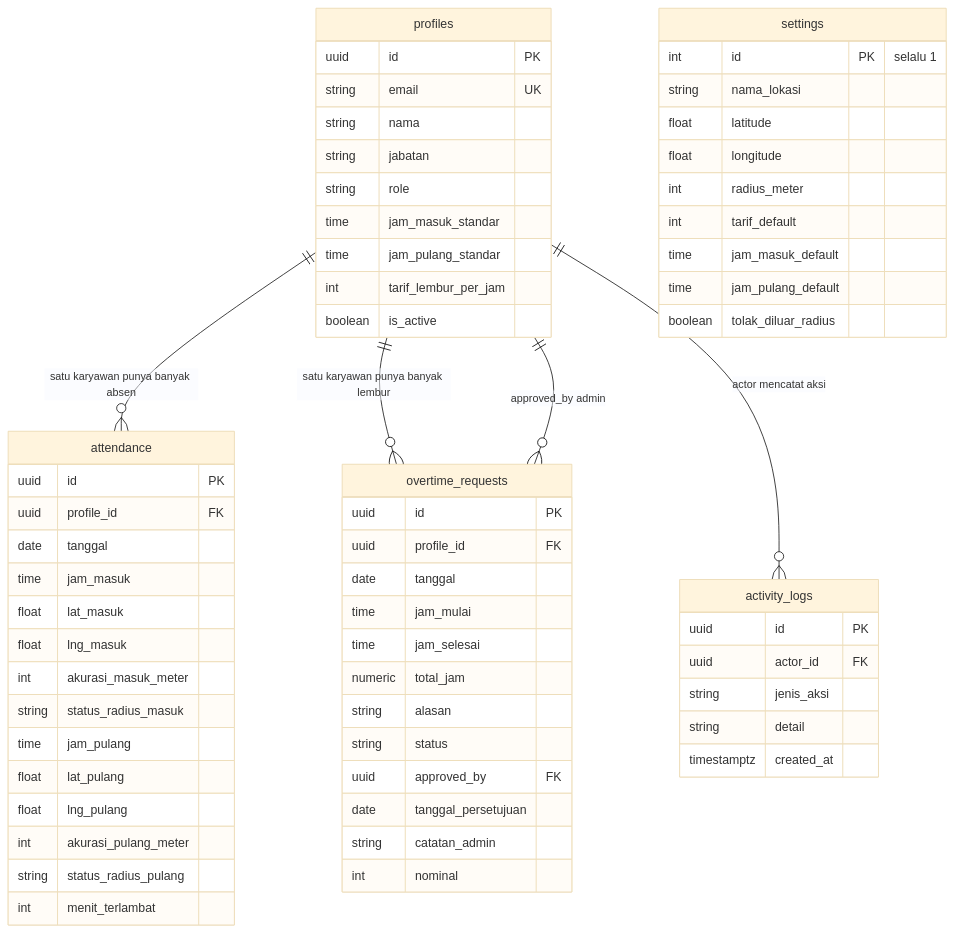
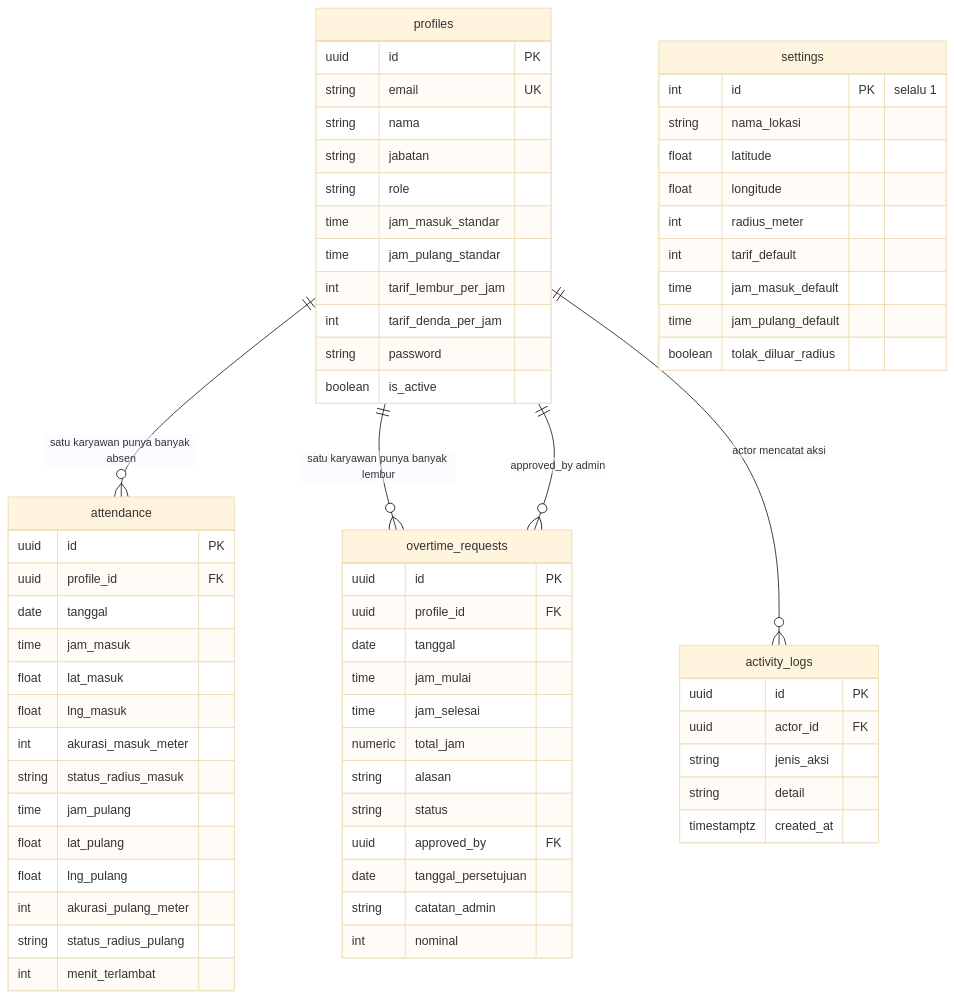
One commit to abdulrizalbahtiar-maker/absen-almanna-bakery-deepseek-v4.1flash changed the fifth of 6 diagrams in PRD.md. Above: the diagram before and after it, drawn with Mermaid (base theme). The commit also changed other lines of this file and 8 other files, not shown here.

````diff
--- a/PRD.md
+++ b/PRD.md
@@ -297,67 +299,69 @@
 ```mermaid
 erDiagram
     profiles ||--o{ attendance : "satu karyawan punya banyak absen"
     profiles ||--o{ overtime_requests : "satu karyawan punya banyak lembur"
     profiles ||--o{ activity_logs : "actor mencatat aksi"
     profiles ||--o{ overtime_requests : "approved_by admin"
 
     profiles {
         uuid id PK
         string email UK
         string nama
         string jabatan
         string role
         time jam_masuk_standar
         time jam_pulang_standar
         int tarif_lembur_per_jam
+        int tarif_denda_per_jam
+        string password
         boolean is_active
     }
     settings {
         int id PK "selalu 1"
         string nama_lokasi
         float latitude
         float longitude
         int radius_meter
         int tarif_default
         time jam_masuk_default
         time jam_pulang_default
         boolean tolak_diluar_radius
     }
     attendance {
         uuid id PK
         uuid profile_id FK
         date tanggal
         time jam_masuk
         float lat_masuk
         float lng_masuk
         int akurasi_masuk_meter
         string status_radius_masuk
         time jam_pulang
         float lat_pulang
         float lng_pulang
         int akurasi_pulang_meter
         string status_radius_pulang
         int menit_terlambat
     }
     overtime_requests {
         uuid id PK
         uuid profile_id FK
         date tanggal
         time jam_mulai
         time jam_selesai
         numeric total_jam
         string alasan
         string status
         uuid approved_by FK
         date tanggal_persetujuan
         string catatan_admin
         int nominal
     }
     activity_logs {
         uuid id PK
         uuid actor_id FK
         string jenis_aksi
         string detail
         timestamptz created_at
     }
 ```
````
